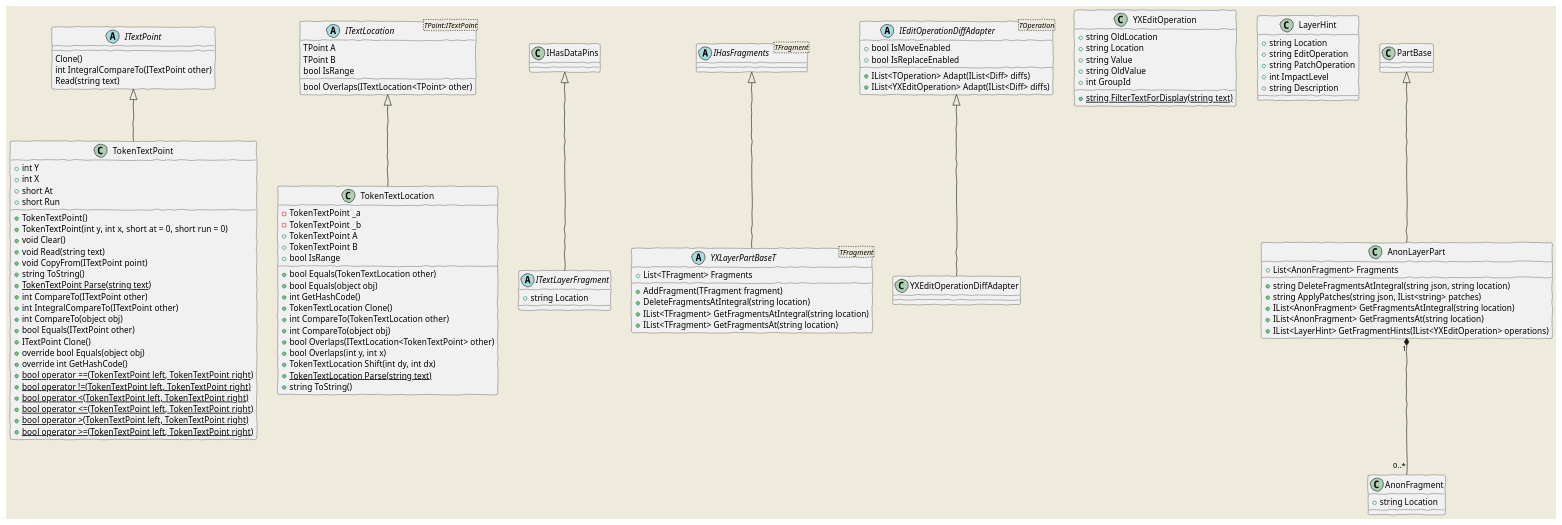
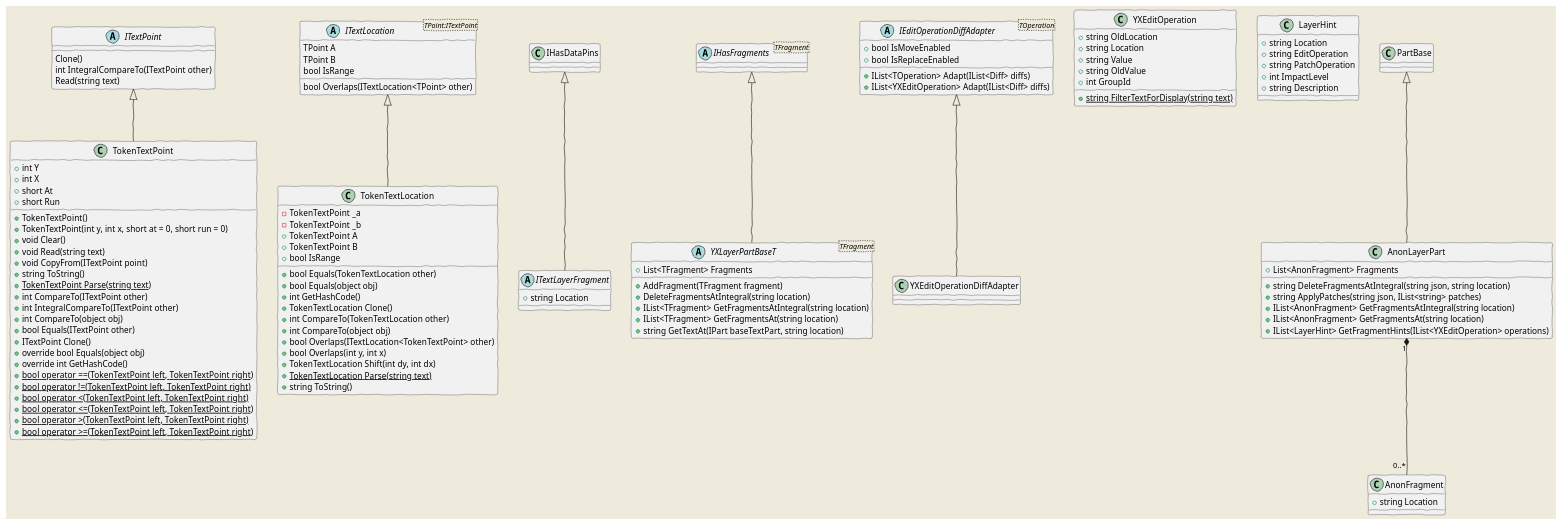
Before and after one commit to vedph/cadmus_core: the second of 4 diagrams in Doc/core.md, drawn with PlantUML. The commit also changed other lines of this file and 10 other files, not shown here.

Commit message:
Added GetTextAt to IHasFragments

```diff
--- a/Doc/core.md
+++ b/Doc/core.md
@@ -355,6 +356,7 @@
     YXLayerPartBaseT : +DeleteFragmentsAtIntegral(string location)
     YXLayerPartBaseT : +IList<TFragment> GetFragmentsAtIntegral(string location)
     YXLayerPartBaseT : +IList<TFragment> GetFragmentsAt(string location)
+    YXLayerPartBaseT : +string GetTextAt(IPart baseTextPart, string location)
 
     abstract class "IEditOperationDiffAdapter<TOperation>" as IEditOperationDiffAdapterT
     IEditOperationDiffAdapterT : +IList<TOperation> Adapt(IList<Diff> diffs)
```
